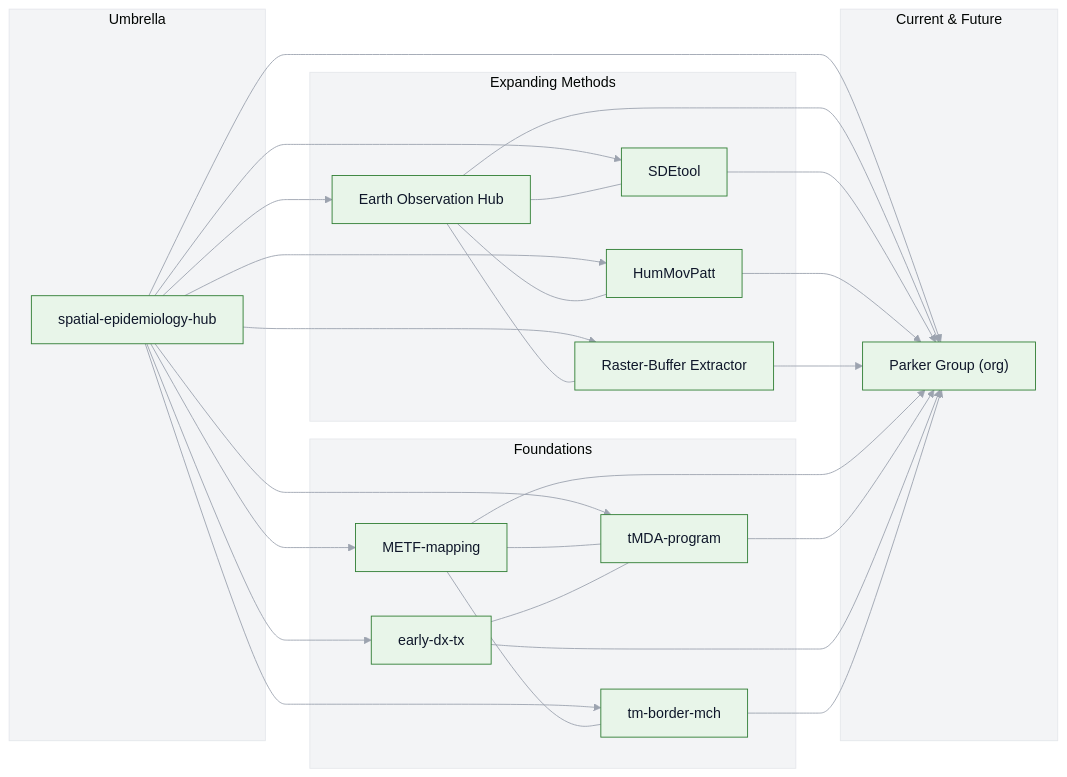
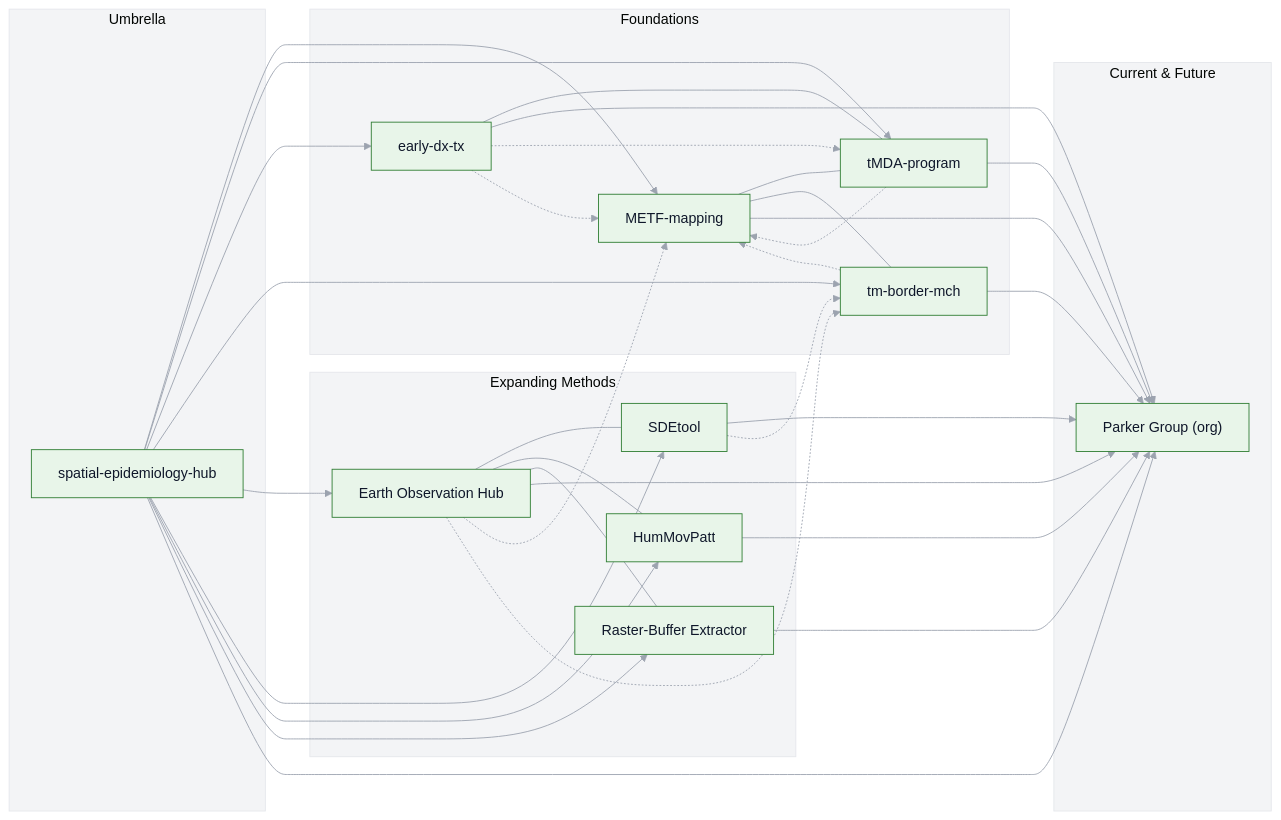
One commit to DMParker1/spatial-epidemiology-hub changed the diagram in README.md. Above: the diagram before and after it, drawn with Mermaid.

````diff
--- a/README.md
+++ b/README.md
@@ -40,63 +40,72 @@
 ```mermaid
 %%{init: {"theme":"base","themeVariables":{
   "background":"#FAFAFA",
   "clusterBkg":"#F3F4F6",
   "clusterBorder":"#E5E7EB",
   "primaryColor":"#E8F5E9",
   "primaryBorderColor":"#2E7D32",
   "primaryTextColor":"#0F172A",
   "lineColor":"#9CA3AF"
 }}}%%
 flowchart LR
   subgraph A[Foundations]
     METF["METF-mapping"]
     EDT["early-dx-tx"]
     MCH["tm-border-mch"]
     tMDA["tMDA-program"]
   end
 
   subgraph B[Expanding Methods]
     EO["Earth Observation Hub"]
     SDE["SDEtool"]
     HUM["HumMovPatt"]
     RBE["Raster-Buffer Extractor"]
   end
 
   subgraph C[Umbrella]
     GIS["spatial-epidemiology-hub"]
   end
 
   subgraph D[Current & Future]
     PG["Parker Group (org)"]
   end
 
-  %% umbrella links
+  %% umbrella links (solid)
   GIS --> METF
   GIS --> tMDA
   GIS --> EDT
   GIS --> MCH
   GIS --> EO
   GIS --> SDE
   GIS --> HUM
   GIS --> RBE
   GIS --> PG
 
-  %% method/theme crosslinks
+  %% method/theme crosslinks (solid)
   EO --- SDE
   EO --- HUM
   EO --- RBE
   METF --- tMDA
   EDT --- tMDA
   METF --- MCH
 
-  %% convergence
+  %% convergence to Parker Group (solid)
   EO --> PG
   SDE --> PG
   HUM --> PG
   RBE --> PG
   METF --> PG
   tMDA --> PG
   EDT --> PG
   MCH --> PG
 
+  %% historical/methodological influence (dashed arrows)
+  EO -.-> METF
+  EO -.-> MCH
+  SDE -.-> MCH
+  EDT -.-> tMDA
+  tMDA -.-> METF
+  EDT -.-> METF
+  MCH -.-> METF
+
 ```
````
